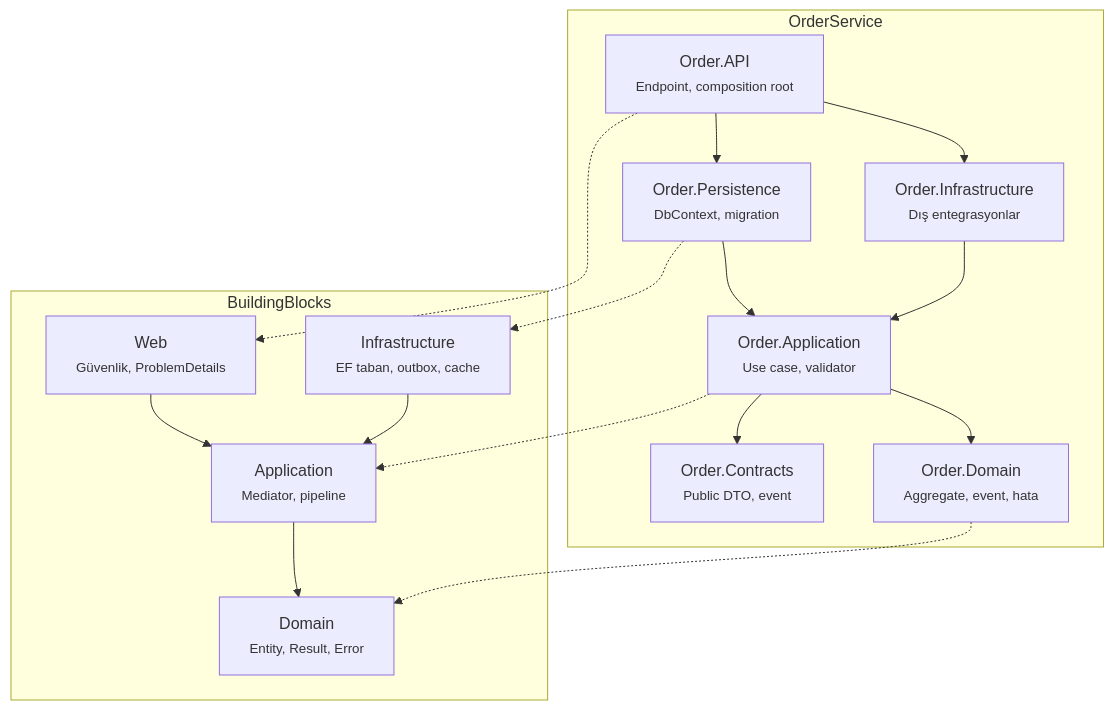
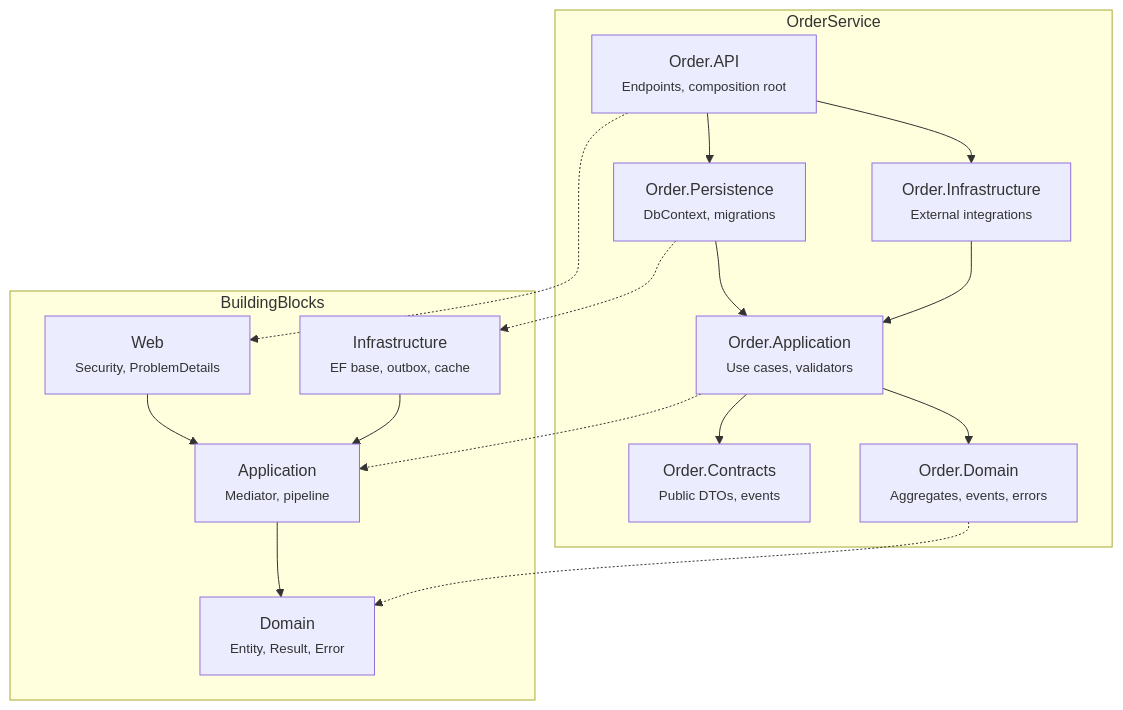
The first of 3 diagrams in README.md (gokhanertogan/onion_template), drawn with Mermaid before and after one commit. The commit also changed other lines of this file, not shown here.

````diff
--- a/README.md
+++ b/README.md
@@ -125,29 +127,29 @@
 ```mermaid
 flowchart TB
     subgraph S["OrderService"]
-        API["Order.API<br/><small>Endpoint, composition root</small>"]
-        INF["Order.Infrastructure<br/><small>Dış entegrasyonlar</small>"]
-        PER["Order.Persistence<br/><small>DbContext, migration</small>"]
-        APP["Order.Application<br/><small>Use case, validator</small>"]
-        DOM["Order.Domain<br/><small>Aggregate, event, hata</small>"]
-        CON["Order.Contracts<br/><small>Public DTO, event</small>"]
+        API["Order.API<br/><small>Endpoints, composition root</small>"]
+        INF["Order.Infrastructure<br/><small>External integrations</small>"]
+        PER["Order.Persistence<br/><small>DbContext, migrations</small>"]
+        APP["Order.Application<br/><small>Use cases, validators</small>"]
+        DOM["Order.Domain<br/><small>Aggregates, events, errors</small>"]
+        CON["Order.Contracts<br/><small>Public DTOs, events</small>"]
         API --> INF & PER
         INF --> APP
         PER --> APP
         APP --> DOM
         APP --> CON
     end
     subgraph B["BuildingBlocks"]
-        BW["Web<br/><small>Güvenlik, ProblemDetails</small>"]
-        BI["Infrastructure<br/><small>EF taban, outbox, cache</small>"]
+        BW["Web<br/><small>Security, ProblemDetails</small>"]
+        BI["Infrastructure<br/><small>EF base, outbox, cache</small>"]
         BA["Application<br/><small>Mediator, pipeline</small>"]
         BD["Domain<br/><small>Entity, Result, Error</small>"]
         BW --> BA
         BI --> BA
         BA --> BD
     end
     API -.-> BW
     PER -.-> BI
     APP -.-> BA
     DOM -.-> BD
 ```
````
